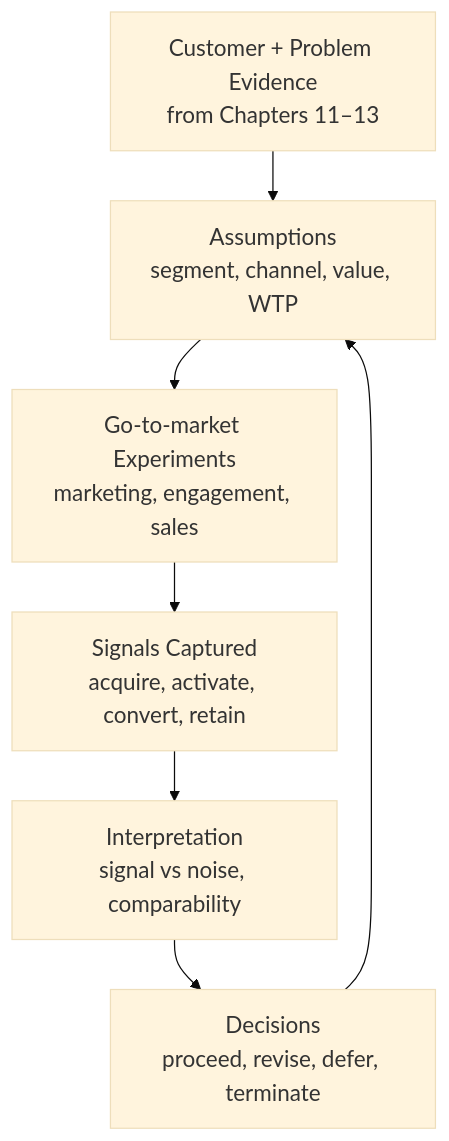
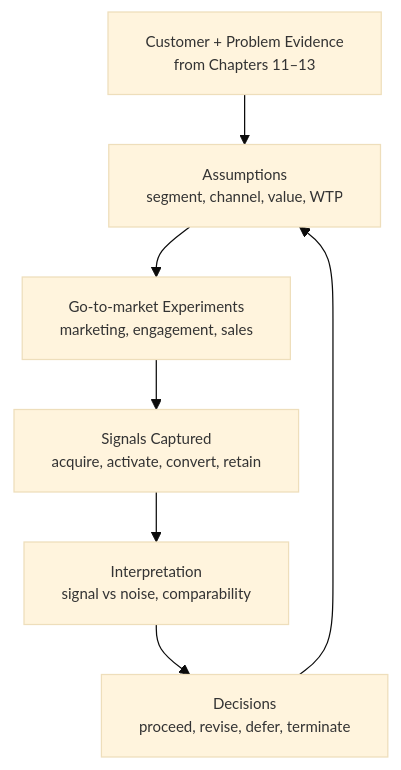
One commit to micro-canvas-framework/micro-canvas-framework.github.io changed the first of 3 diagrams in docs/book/phase-2/15-MarketingEngagementSales.md. Above: the diagram before and after it, drawn with Mermaid. The commit also changed other lines of this file and 23 other files, not shown here.

Commit message:
docs(book): normalize mermaid font size to 12px

````diff
--- a/docs/book/phase-2/15-MarketingEngagementSales.md
+++ b/docs/book/phase-2/15-MarketingEngagementSales.md
@@ -63,10 +63,10 @@
 ```mermaid
-%%{init: {"theme":"base","flowchart":{"nodeSpacing":35,"rankSpacing":40},"themeVariables":{"fontSize":"18px"}} }%%
+%%{init: {"theme":"base","flowchart":{"nodeSpacing":35,"rankSpacing":40},"themeVariables":{"fontSize":"12px"}} }%%
 flowchart TB
   A[Customer + Problem Evidence<br/>from Chapters 11–13] --> B[Assumptions<br/>segment, channel, value, WTP]
   B --> C[Go-to-market Experiments<br/>marketing, engagement, sales]
   C --> D[Signals Captured<br/>acquire, activate, convert, retain]
   D --> E[Interpretation<br/>signal vs noise, comparability]
   E --> F[Decisions<br/>proceed, revise, defer, terminate]
   F --> B
 ```
````
